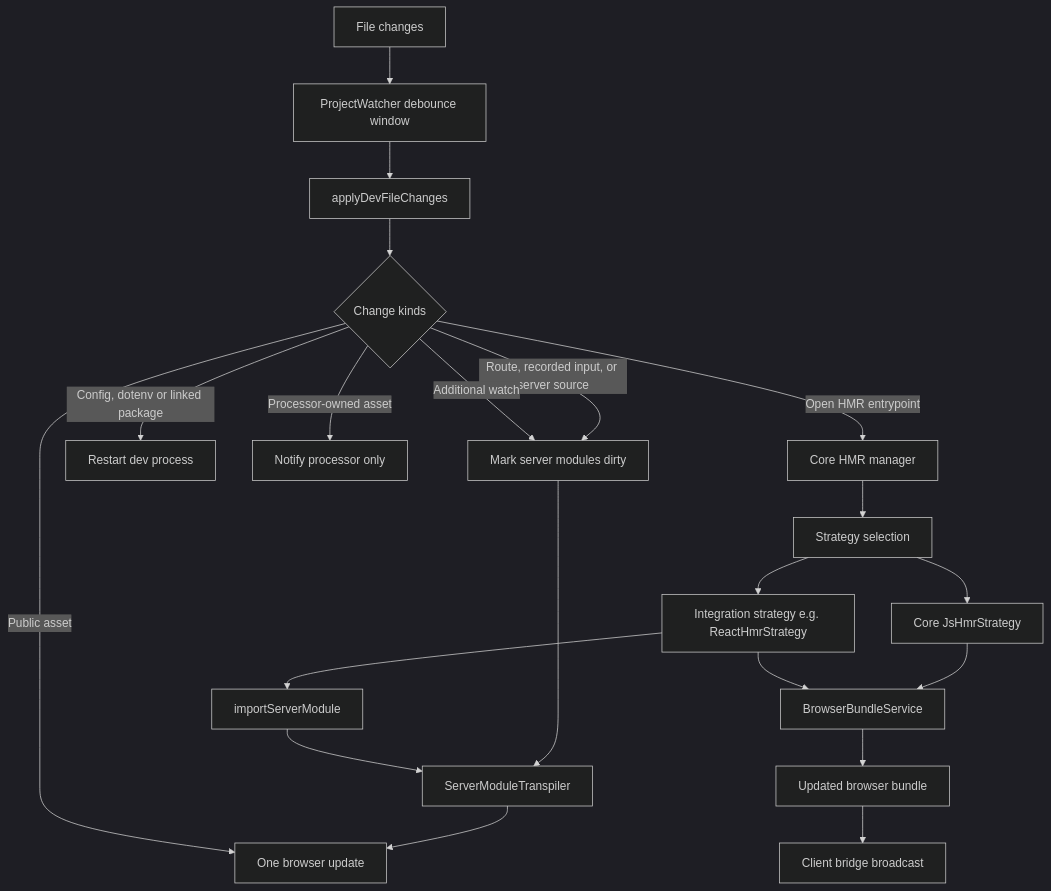
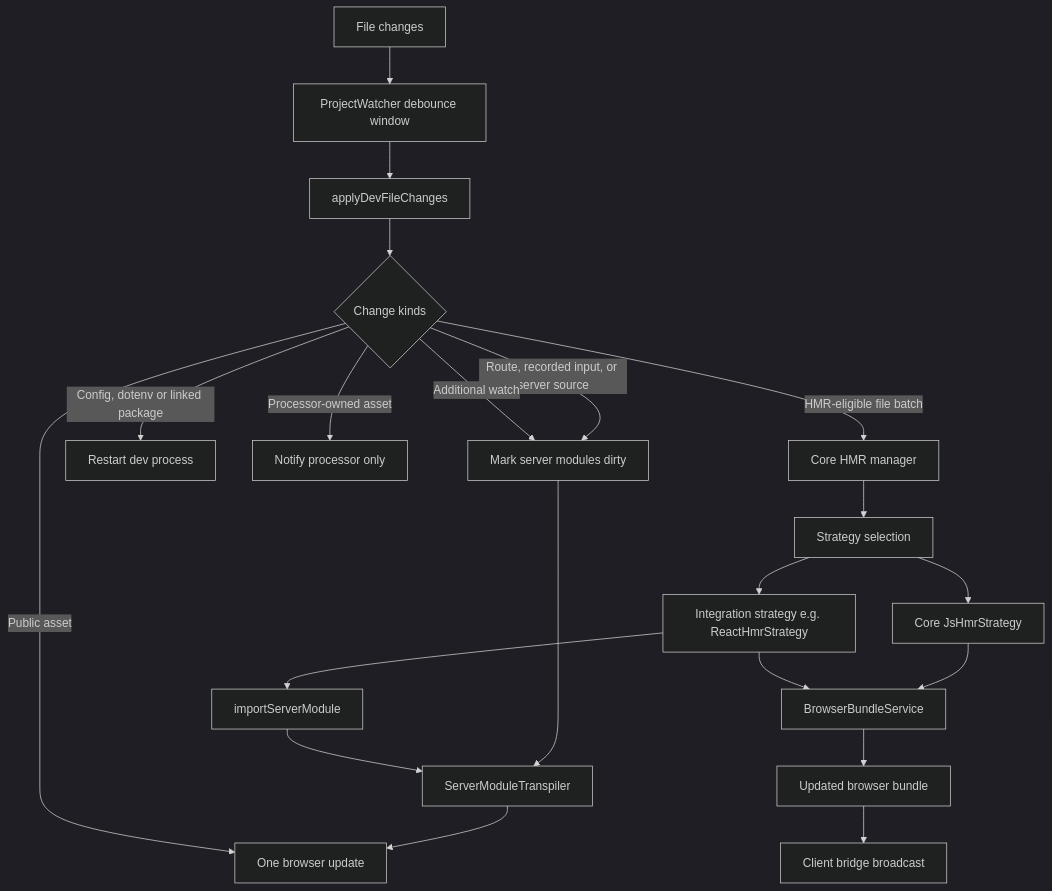
The second of 2 diagrams in packages/core/README.md (ecopages/ecopages), drawn with Mermaid (dark theme) before and after one commit. The commit also changed other lines of this file and 22 other files, not shown here.

First line of the commit message:
refactor(dev): batch watcher HMR dispatch

````diff
--- a/packages/core/README.md
+++ b/packages/core/README.md
@@ -54,23 +54,23 @@
 ```mermaid
 flowchart TD
 	A[File changes] --> B[ProjectWatcher debounce window]
 	B --> C[applyDevFileChanges]
 	C --> D{Change kinds}
 	D -->|Route, recorded input, or server source| E[Mark server modules dirty]
 	D -->|Additional watch| E
 	D -->|Config, dotenv or linked package| R[Restart dev process]
 	E --> N[Notify processors]
 	N --> F[One browser update]
 	D -->|Public asset| F
 	D -->|Processor-owned asset| G[Notify processor only]
-	D -->|Open HMR entrypoint| H[Core HMR manager]
+	D -->|HMR-eligible file batch| H[Core HMR manager]
 	H --> I[Strategy selection]
 	I --> J[Core JsHmrStrategy]
 	I --> K[Integration strategy e.g. ReactHmrStrategy]
 	J --> L[BrowserBundleService]
 	K --> L
 	K --> M[importServerModule]
 	M --> N[ServerModuleTranspiler]
 	L --> O[Updated browser bundle]
 	O --> P[Client bridge broadcast]
 ```
````
